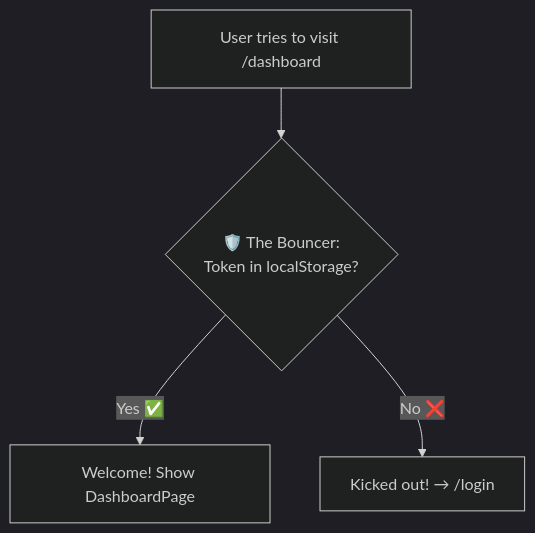
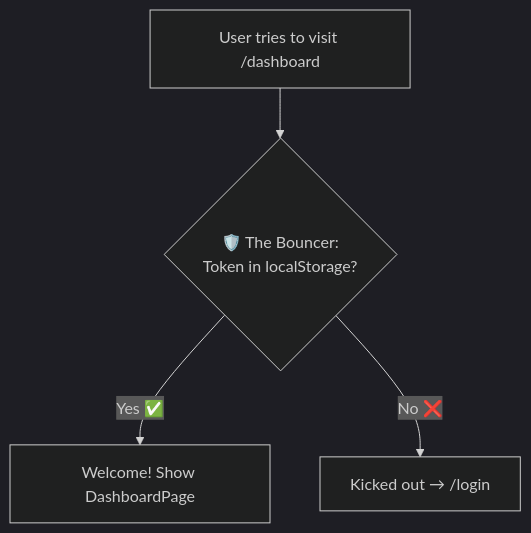
One commit to Nimsika-Bosilu/designHer_2.0-Student-Attendance-Management-System changed the fourth of 7 diagrams in frontend/README.md. Above: the diagram before and after it, drawn with Mermaid (dark theme). The commit also changed other lines of this file, not shown here.

Commit message:
docs: add Day 3 frontend architecture guide and initial project documentation

````diff
--- a/frontend/README.md
+++ b/frontend/README.md
@@ -291,6 +567,6 @@
 ```mermaid
 flowchart TD
     A["User tries to visit /dashboard"] --> B{"🛡️ The Bouncer:\nToken in localStorage?"}
     B -->|"Yes ✅"| C["Welcome! Show DashboardPage"]
-    B -->|"No ❌"| D["Kicked out! → /login"]
+    B -->|"No ❌"| D["Kicked out → /login"]
 ```
````
